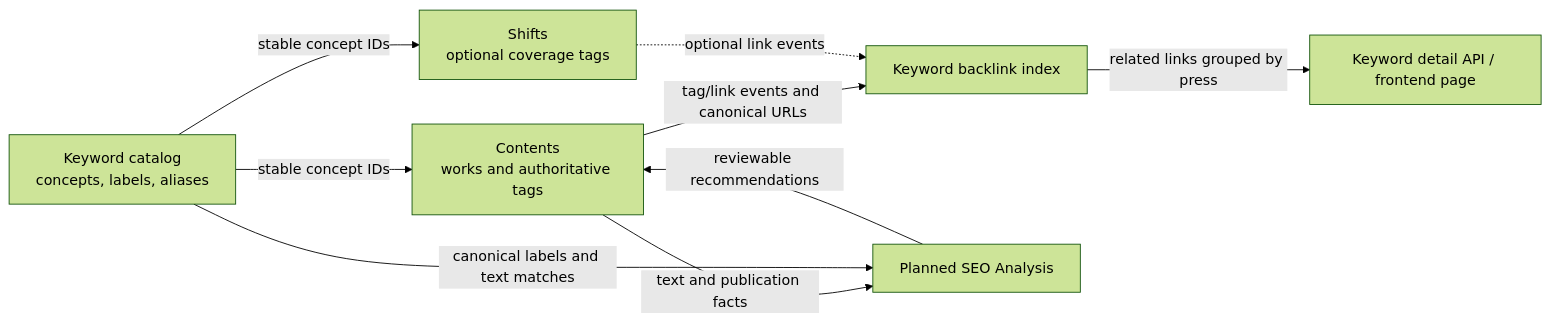
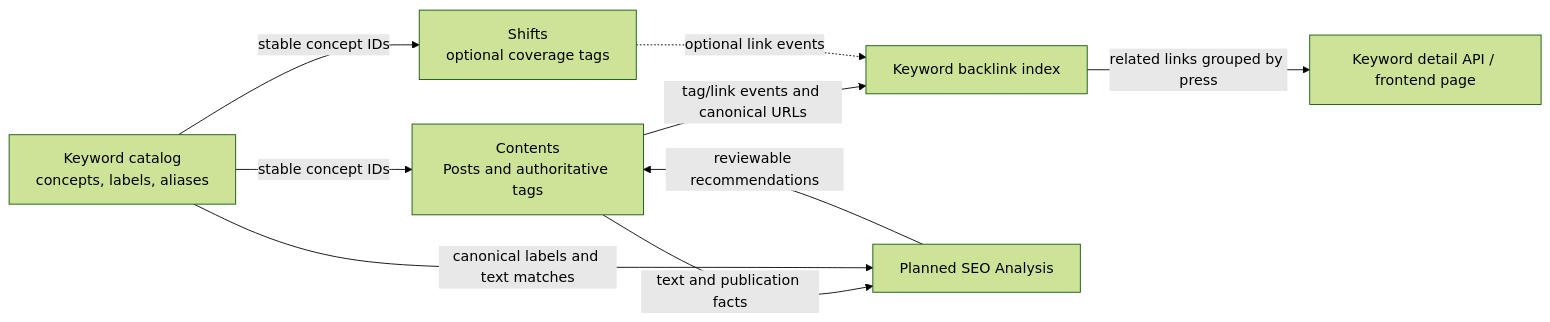
One commit to soft-square-net/ModularBlazor changed the diagram in docs/astro-modular-blazor-docs/curved-chasm/src/content/docs/modules/keyword/index.md. Above: the diagram before and after it, drawn with Mermaid (forest theme). The commit also changed other lines of this file and 65 other files, not shown here.

```diff
--- a/docs/astro-modular-blazor-docs/curved-chasm/src/content/docs/modules/keyword/index.md
+++ b/docs/astro-modular-blazor-docs/curved-chasm/src/content/docs/modules/keyword/index.md
@@ -42,11 +40,11 @@
 ~~~mermaid
 flowchart LR
-    K["Keyword catalog<br/>concepts, labels, aliases"] -->|stable concept IDs| C["Contents<br/>works and authoritative tags"]
+    K["Keyword catalog<br/>concepts, labels, aliases"] -->|stable concept IDs| C["Contents<br/>Posts and authoritative tags"]
     K -->|stable concept IDs| S["Shifts<br/>optional coverage tags"]
     C -->|tag/link events and canonical URLs| I["Keyword backlink index"]
     S -. "optional link events" .-> I
     C -->|text and publication facts| SEO["Planned SEO Analysis"]
     K -->|canonical labels and text matches| SEO
     SEO -->|reviewable recommendations| C
     I -->|related links grouped by press| P["Keyword detail API / frontend page"]
 ~~~
```
